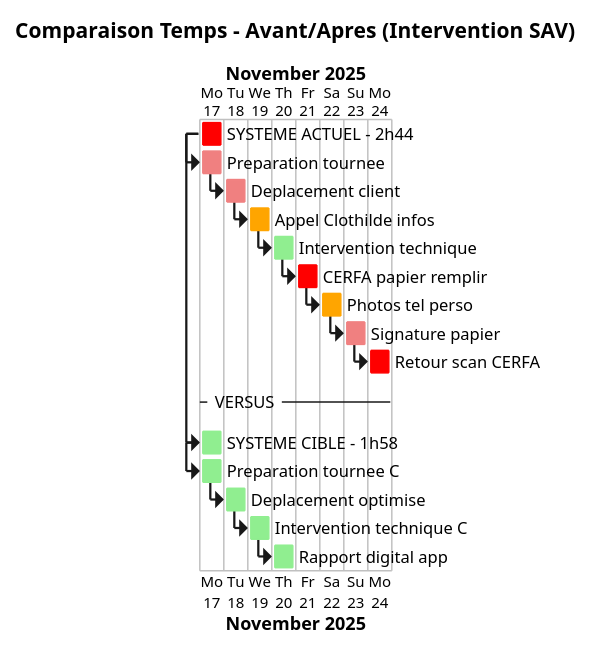
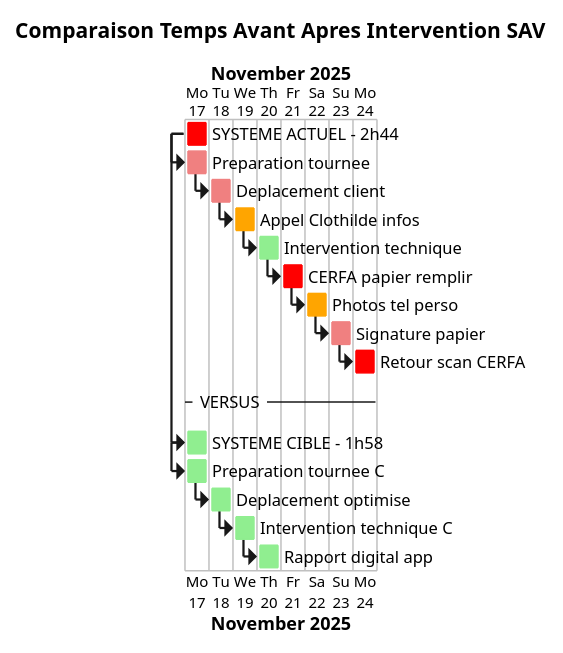
Before and after one commit to JordanSerafini/Audit_Duret: the diagram in Maintenance-Technique/uml/11_gantt_comparaison.puml, drawn with PlantUML. The commit also changed 26 other files, not shown here.

```diff
--- a/Maintenance-Technique/uml/11_gantt_comparaison.puml
+++ b/Maintenance-Technique/uml/11_gantt_comparaison.puml
@@ -1,39 +1,39 @@
 @startgantt Gantt_Comparaison_Intervention
 
-title Comparaison Temps - Avant/Apres (Intervention SAV)
+title Comparaison Temps Avant Apres Intervention SAV
 
 printscale daily
 
 project starts 2025-11-17
 
 [SYSTEME ACTUEL - 2h44] as [Actuel] lasts 1 day and is colored in Red
 
 [Preparation tournee] as [A1] lasts 1 day and is colored in LightCoral and starts at [Actuel]'s start
 
 [Deplacement client] as [A2] lasts 1 day and is colored in LightCoral and starts at [A1]'s end
 
 [Appel Clothilde infos] as [A3] lasts 1 day and is colored in Orange and starts at [A2]'s end
 
 [Intervention technique] as [A4] lasts 1 day and is colored in LightGreen and starts at [A3]'s end
 
 [CERFA papier remplir] as [A5] lasts 1 day and is colored in Red and starts at [A4]'s end
 
 [Photos tel perso] as [A6] lasts 1 day and is colored in Orange and starts at [A5]'s end
 
 [Signature papier] as [A7] lasts 1 day and is colored in LightCoral and starts at [A6]'s end
 
 [Retour scan CERFA] as [A8] lasts 1 day and is colored in Red and starts at [A7]'s end
 
 -- VERSUS --
 
 [SYSTEME CIBLE - 1h58] as [Cible] lasts 1 day and is colored in LightGreen and starts at [Actuel]'s start
 
 [Preparation tournee C] as [C1] lasts 1 day and is colored in LightGreen and starts at [Cible]'s start
 
 [Deplacement optimise] as [C2] lasts 1 day and is colored in LightGreen and starts at [C1]'s end
 
 [Intervention technique C] as [C3] lasts 1 day and is colored in LightGreen and starts at [C2]'s end
 
 [Rapport digital app] as [C4] lasts 1 day and is colored in LightGreen and starts at [C3]'s end
 
 @endgantt
```
